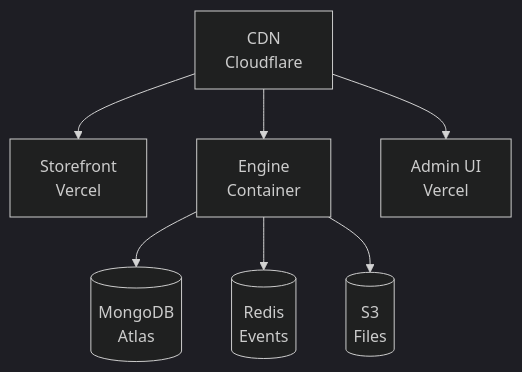
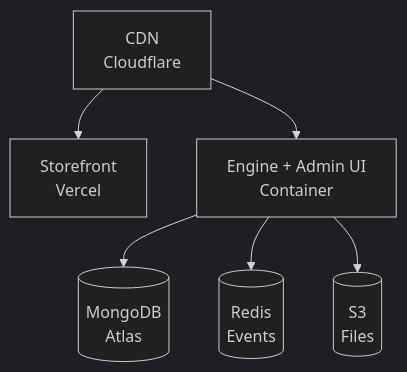
One commit to unchainedshop/unchained changed the second of 2 diagrams in docs/docs/deployment/index.md. Above: the diagram before and after it, drawn with Mermaid (dark theme). The commit also changed other lines of this file and 165 other files, not shown here.

````diff
--- a/docs/docs/deployment/index.md
+++ b/docs/docs/deployment/index.md
@@ -88,12 +70,11 @@
 ```mermaid
 flowchart TD
     CDN[CDN<br/>Cloudflare]
 
     CDN --> Storefront[Storefront<br/>Vercel]
-    CDN --> Engine[Engine<br/>Container]
-    CDN --> Admin[Admin UI<br/>Vercel]
+    CDN --> Engine[Engine + Admin UI<br/>Container]
 
     Engine --> MongoDB[(MongoDB<br/>Atlas)]
     Engine --> Redis[(Redis<br/>Events)]
     Engine --> S3[(S3<br/>Files)]
 ```
````
